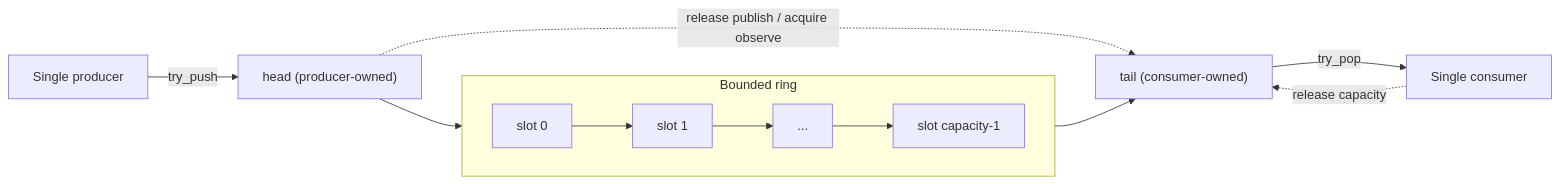
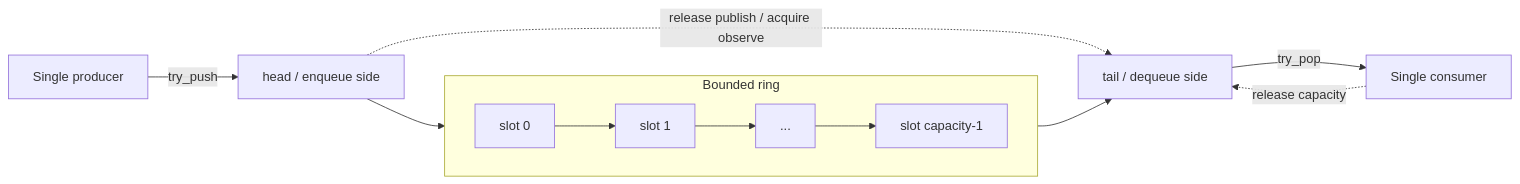
One commit to suhaasgaddala/Line64 changed the second of 6 diagrams in README.md. Above: the diagram before and after it, drawn with Mermaid. The commit also changed other lines of this file and 9 other files, not shown here.

````diff
--- a/README.md
+++ b/README.md
@@ -118,13 +69,13 @@
 ```mermaid
 flowchart LR
-    P["Single producer"] -->|"try_push"| H["head (producer-owned)"]
+    P["Single producer"] -->|"try_push"| H["head / enqueue side"]
     H --> R
     subgraph R["Bounded ring"]
         direction LR
         S0["slot 0"] --> S1["slot 1"] --> SD["..."] --> SN["slot capacity-1"]
     end
-    R --> T["tail (consumer-owned)"]
+    R --> T["tail / dequeue side"]
     T -->|"try_pop"| C["Single consumer"]
     C -. "release capacity" .-> T
     H -. "release publish / acquire observe" .-> T
 ```
````
